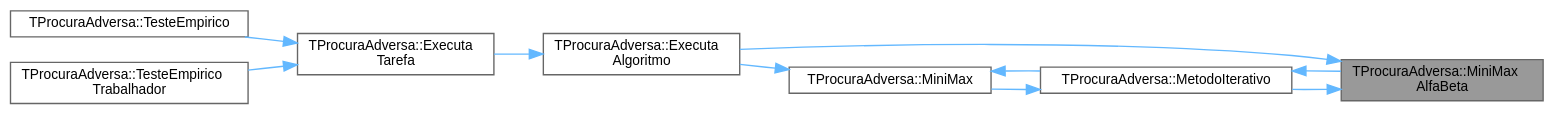
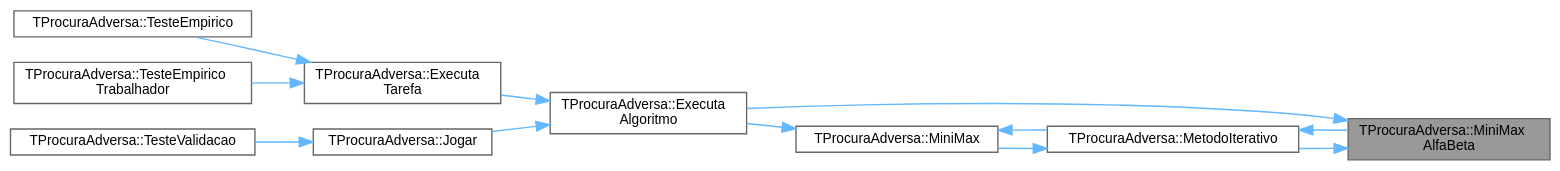
One commit to jcoelho72/TProcura changed the diagram in classTProcuraAdversa_adb3f857b1c8b3ee26682e335dc6ed601_icgraph.dot. Above: the diagram before and after it, drawn with Graphviz. The commit also changed 175 other files, not shown here.

```diff
--- a/classTProcuraAdversa_adb3f857b1c8b3ee26682e335dc6ed601_icgraph.dot
+++ b/classTProcuraAdversa_adb3f857b1c8b3ee26682e335dc6ed601_icgraph.dot
@@ -1,24 +1,28 @@
 digraph "TProcuraAdversa::MiniMaxAlfaBeta"
 {
  // LATEX_PDF_SIZE
   bgcolor="transparent";
   edge [fontname=Helvetica,fontsize=10,labelfontname=Helvetica,labelfontsize=10];
   node [fontname=Helvetica,fontsize=10,shape=box,height=0.2,width=0.4];
   rankdir="RL";
   Node1 [id="Node000001",label="TProcuraAdversa::MiniMax\lAlfaBeta",height=0.2,width=0.4,color="gray40", fillcolor="grey60", style="filled", fontcolor="black",tooltip="retorna o valor do estado actual, apos procura de profundidade nivel. Idêntico a MiniMax"];
   Node1 -> Node2 [id="edge1_Node000001_Node000002",dir="back",color="steelblue1",style="solid",tooltip=" "];
   Node2 [id="Node000002",label="TProcuraAdversa::Executa\lAlgoritmo",height=0.2,width=0.4,color="grey40", fillcolor="white", style="filled",URL="$classTProcuraAdversa.html#aff6f48defaa10c14d160ac3990fd029b",tooltip="Executa o algoritmo com os parametros atuais."];
   Node2 -> Node3 [id="edge2_Node000002_Node000003",dir="back",color="steelblue1",style="solid",tooltip=" "];
   Node3 [id="Node000003",label="TProcuraAdversa::Executa\lTarefa",height=0.2,width=0.4,color="grey40", fillcolor="white", style="filled",URL="$classTProcuraAdversa.html#aad206751268402eef355dd89415d1865",tooltip="Executa uma tarefa num teste empírico."];
   Node3 -> Node4 [id="edge3_Node000003_Node000004",dir="back",color="steelblue1",style="solid",tooltip=" "];
   Node4 [id="Node000004",label="TProcuraAdversa::TesteEmpirico",height=0.2,width=0.4,color="grey40", fillcolor="white", style="filled",URL="$classTProcuraAdversa.html#a80cd0f481e853ad9ef5625c6ff4dcc66",tooltip="Executa testes empíricos, em todas as configurações guardadas, nas instâncias selecionadas."];
   Node3 -> Node5 [id="edge4_Node000003_Node000005",dir="back",color="steelblue1",style="solid",tooltip=" "];
   Node5 [id="Node000005",label="TProcuraAdversa::TesteEmpirico\lTrabalhador",height=0.2,width=0.4,color="grey40", fillcolor="white", style="filled",URL="$classTProcuraAdversa.html#a46ecfb296c4c5b12397871f1d3a7f7b8",tooltip="Teste empírico com modo mestre-escravo (este é o escravo)"];
-  Node1 -> Node6 [id="edge5_Node000001_Node000006",dir="back",color="steelblue1",style="solid",tooltip=" "];
-  Node6 [id="Node000006",label="TProcuraAdversa::MetodoIterativo",height=0.2,width=0.4,color="grey40", fillcolor="white", style="filled",URL="$classTProcuraAdversa.html#a7c4153974c32753901326271fee90197",tooltip="iteração, aumentando o nível progressivamente"];
+  Node2 -> Node6 [id="edge5_Node000002_Node000006",dir="back",color="steelblue1",style="solid",tooltip=" "];
+  Node6 [id="Node000006",label="TProcuraAdversa::Jogar",height=0.2,width=0.4,color="grey40", fillcolor="white", style="filled",URL="$classTProcuraAdversa.html#acddde96eeb7950c83032b5c4d16560e8",tooltip=" "];
   Node6 -> Node7 [id="edge6_Node000006_Node000007",dir="back",color="steelblue1",style="solid",tooltip=" "];
-  Node7 [id="Node000007",label="TProcuraAdversa::MiniMax",height=0.2,width=0.4,color="grey40", fillcolor="white", style="filled",URL="$classTProcuraAdversa.html#a4d8542bcb03f17da8aa3038384104f24",tooltip="retorna o valor do estado actual, apos procura de profundidade nivel"];
-  Node7 -> Node2 [id="edge7_Node000007_Node000002",dir="back",color="steelblue1",style="solid",tooltip=" "];
-  Node7 -> Node6 [id="edge8_Node000007_Node000006",dir="back",color="steelblue1",style="solid",tooltip=" "];
-  Node6 -> Node1 [id="edge9_Node000006_Node000001",dir="back",color="steelblue1",style="solid",tooltip=" "];
+  Node7 [id="Node000007",label="TProcuraAdversa::TesteValidacao",height=0.2,width=0.4,color="grey40", fillcolor="white", style="filled",URL="$classTProcuraAdversa.html#a3ed3f97aa1c4881d7e4275b86317fd58",tooltip="Executa testes de validação, executando cada solução na instância respetiva, e verificando a sua vali..."];
+  Node1 -> Node8 [id="edge7_Node000001_Node000008",dir="back",color="steelblue1",style="solid",tooltip=" "];
+  Node8 [id="Node000008",label="TProcuraAdversa::MetodoIterativo",height=0.2,width=0.4,color="grey40", fillcolor="white", style="filled",URL="$classTProcuraAdversa.html#a7c4153974c32753901326271fee90197",tooltip="iteração, aumentando o nível progressivamente"];
+  Node8 -> Node9 [id="edge8_Node000008_Node000009",dir="back",color="steelblue1",style="solid",tooltip=" "];
+  Node9 [id="Node000009",label="TProcuraAdversa::MiniMax",height=0.2,width=0.4,color="grey40", fillcolor="white", style="filled",URL="$classTProcuraAdversa.html#a4d8542bcb03f17da8aa3038384104f24",tooltip="retorna o valor do estado actual, apos procura de profundidade nivel"];
+  Node9 -> Node2 [id="edge9_Node000009_Node000002",dir="back",color="steelblue1",style="solid",tooltip=" "];
+  Node9 -> Node8 [id="edge10_Node000009_Node000008",dir="back",color="steelblue1",style="solid",tooltip=" "];
+  Node8 -> Node1 [id="edge11_Node000008_Node000001",dir="back",color="steelblue1",style="solid",tooltip=" "];
 }
```
